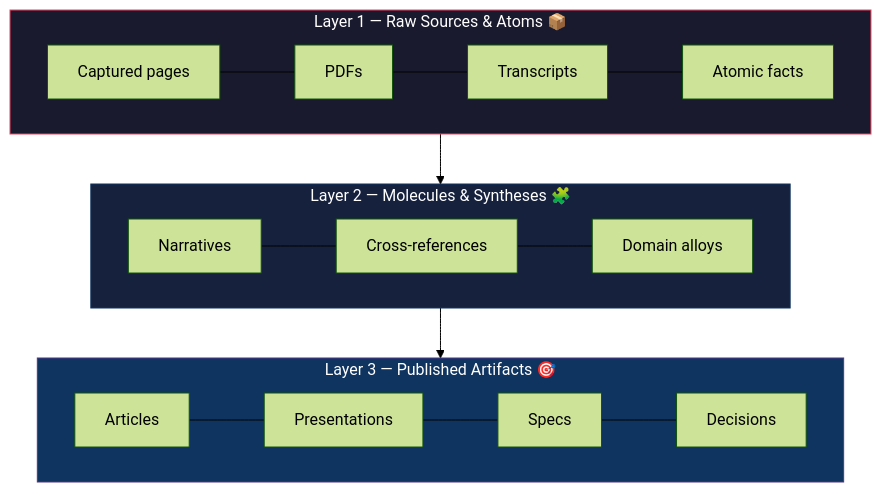
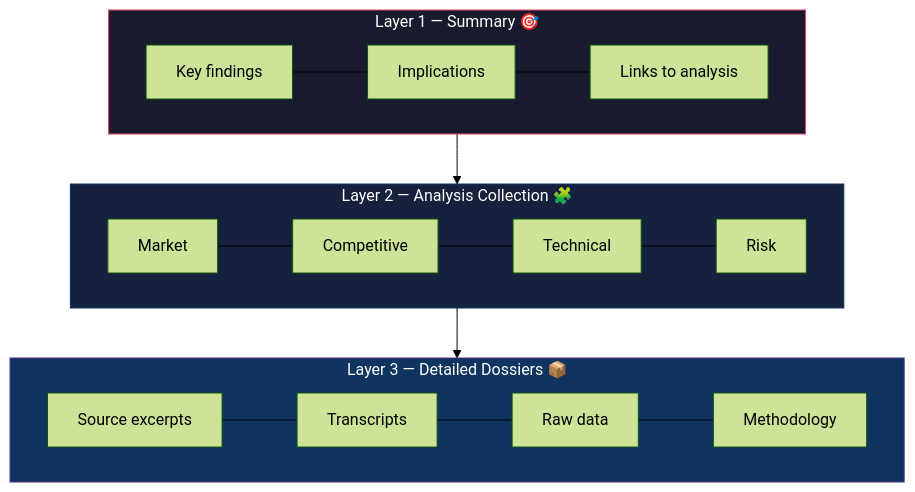
One commit to groktopus/artifact-pyramids changed the diagram in README.md. Above: the diagram before and after it, drawn with Mermaid (forest theme). The commit also changed other lines of this file and 8 other files, not shown here.

````diff
--- a/README.md
+++ b/README.md
@@ -7,21 +13,24 @@
 ```mermaid
 flowchart TD
-    subgraph Layer3["Layer 3 — Published Artifacts 🎯"]
-        A3[Articles] --- P3[Presentations] --- S3[Specs] --- D3[Decisions]
+    subgraph Layer1["Layer 1 — Summary 🎯"]
+        direction LR
+        S1[Key findings] --- S2[Implications] --- S3[Links to analysis]
     end
 
-    subgraph Layer2["Layer 2 — Molecules & Syntheses 🧩"]
-        M1[Narratives] --- M2[Cross-references] --- M3[Domain alloys]
+    subgraph Layer2["Layer 2 — Analysis Collection 🧩"]
+        direction LR
+        A1[Market] --- A2[Competitive] --- A3[Technical] --- A4[Risk]
     end
 
-    subgraph Layer1["Layer 1 — Raw Sources & Atoms 📦"]
-        S1[Captured pages] --- S2[PDFs] --- S3a[Transcripts] --- S4[Atomic facts]
+    subgraph Layer3["Layer 3 — Detailed Dossiers 📦"]
+        direction LR
+        D1[Source excerpts] --- D2[Transcripts] --- D3[Raw data] --- D4[Methodology]
     end
 
+    Layer1 --> Layer2
     Layer2 --> Layer3
-    Layer1 --> Layer2
 
     style Layer1 fill:#1a1a2e,stroke:#e94560,color:#fff
     style Layer2 fill:#16213e,stroke:#0f3460,color:#fff
     style Layer3 fill:#0f3460,stroke:#533483,color:#fff
 ```
````
